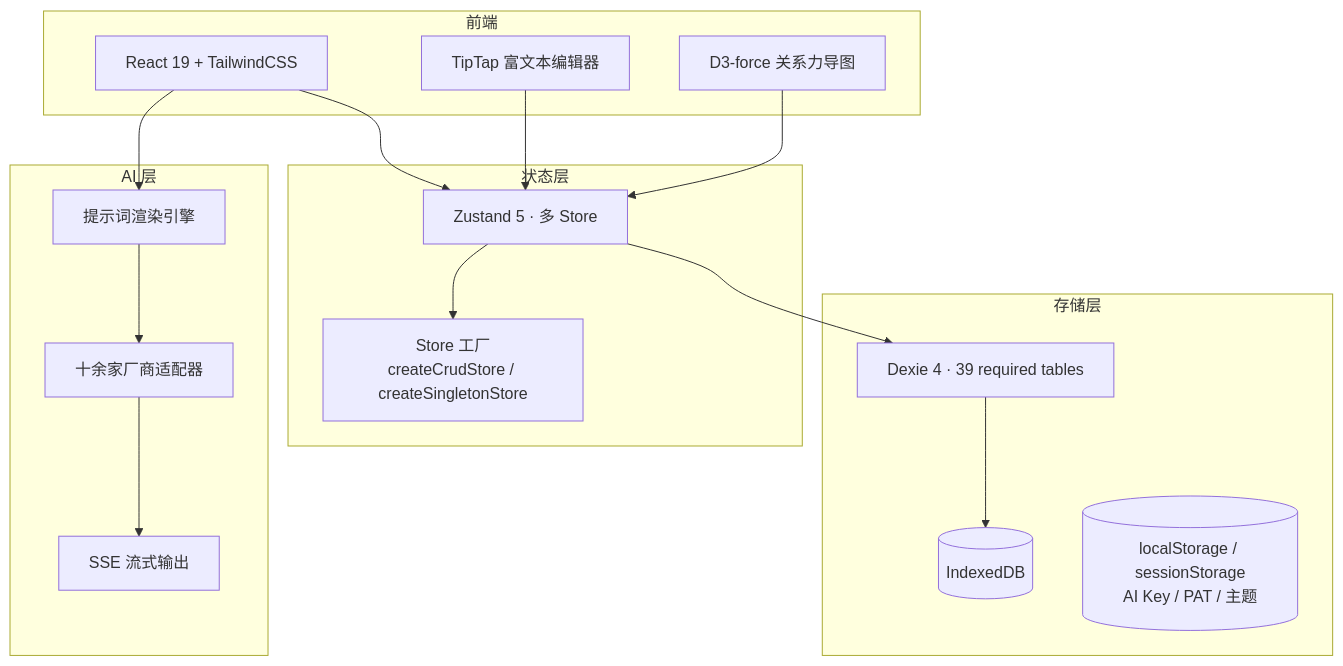
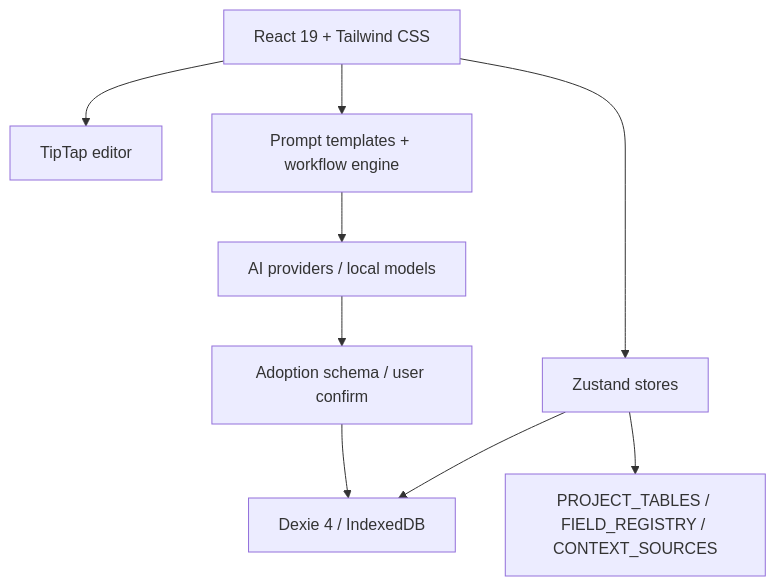
The diagram in README.md (ronghsiang/storyforge), drawn with Mermaid before and after one commit. The commit also changed other lines of this file and 109 other files, not shown here.

````diff
--- a/README.md
+++ b/README.md
@@ -111,35 +200,11 @@
 ```mermaid
 graph TB
-    subgraph 前端
-        UI[React 19 + TailwindCSS]
-        Editor[TipTap 富文本编辑器]
-        Graph[D3-force 关系力导图]
-    end
-
-    subgraph 状态层
-        Zustand[Zustand 5 · 多 Store]
-        Factory[Store 工厂<br/>createCrudStore / createSingletonStore]
-    end
-
-    subgraph 存储层
-        Dexie[Dexie 4 · 39 required tables]
-        IDB[(IndexedDB)]
-        LS[(localStorage / sessionStorage<br/>AI Key / PAT / 主题)]
-    end
-
-    subgraph AI 层
-        Engine[提示词渲染引擎]
-        Adapters[十余家厂商适配器]
-        SSE[SSE 流式输出]
-    end
-
-    UI --> Zustand
-    Editor --> Zustand
-    Graph --> Zustand
-    Zustand --> Factory
-    Zustand --> Dexie
-    Dexie --> IDB
-    UI --> Engine
-    Engine --> Adapters
-    Adapters --> SSE
+  UI[React 19 + Tailwind CSS] --> Store[Zustand stores]
+  UI --> Editor[TipTap editor]
+  Store --> DB[Dexie 4 / IndexedDB]
+  Store --> Registry[PROJECT_TABLES / FIELD_REGISTRY / CONTEXT_SOURCES]
+  UI --> Prompt[Prompt templates + workflow engine]
+  Prompt --> AI[AI providers / local models]
+  AI --> Adopt[Adoption schema / user confirm]
+  Adopt --> DB
 ```
````
